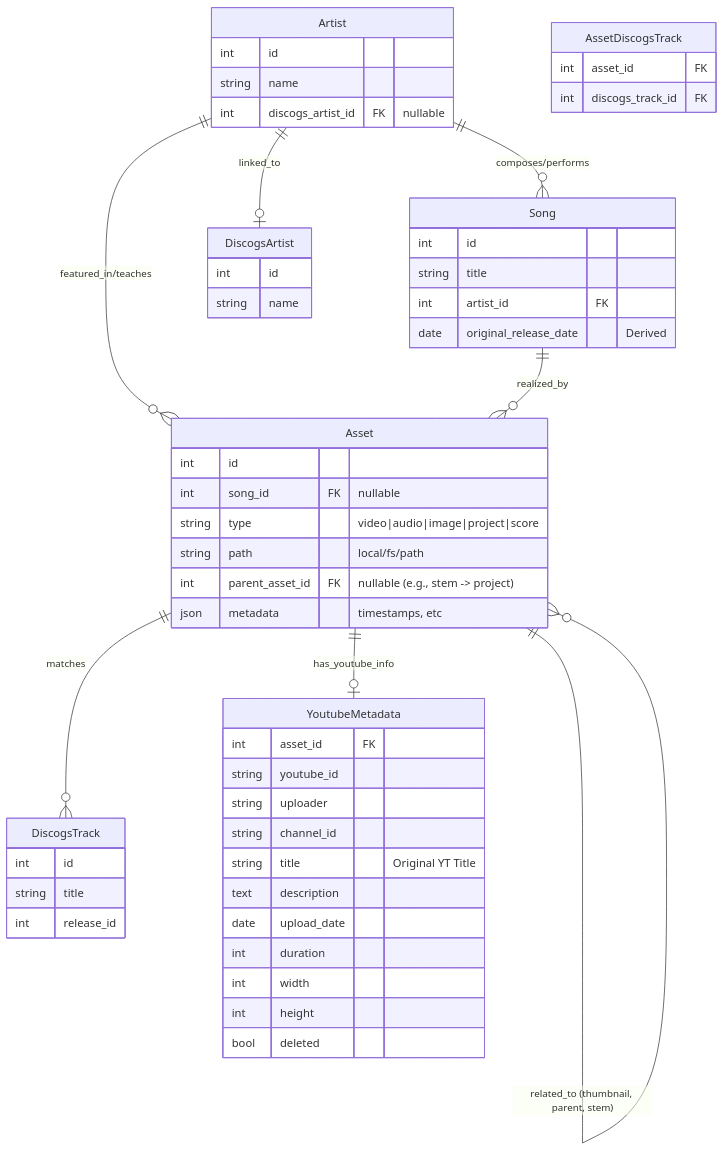
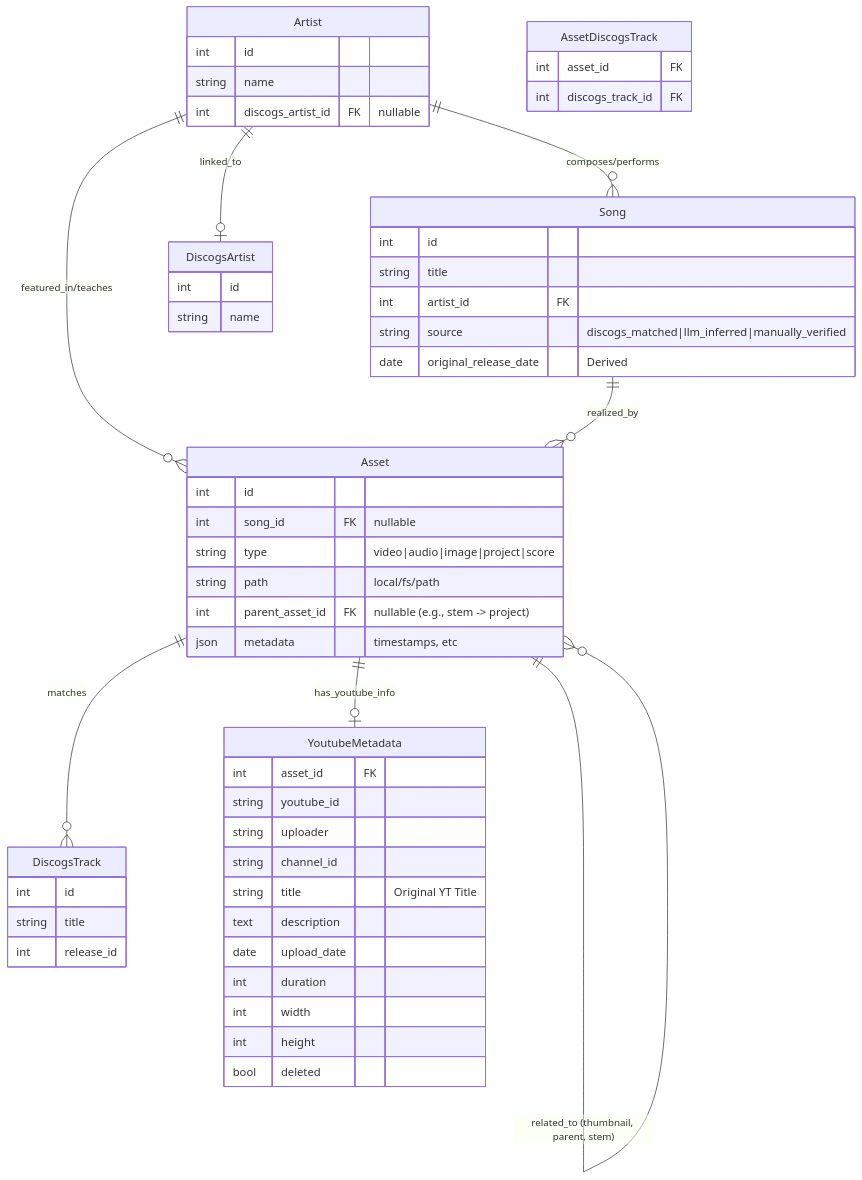
The diagram in tools/docs/project-plan.md (gotofritz/yarkie), drawn with Mermaid before and after one commit. The commit also changed other lines of this file, not shown here.

````diff
--- a/tools/docs/project-plan.md
+++ b/tools/docs/project-plan.md
@@ -14,64 +14,65 @@
 ```mermaid
 erDiagram
     Artist ||--o{ Song : "composes/performs"
     Artist ||--o{ Asset : "featured_in/teaches"
     Artist ||--o| DiscogsArtist : "linked_to"
 
     Song ||--o{ Asset : "realized_by"
 
     Asset ||--o{ DiscogsTrack : "matches"
     Asset ||--o| YoutubeMetadata : "has_youtube_info"
     Asset ||--o{ Asset : "related_to (thumbnail, parent, stem)"
 
     Artist {
         int id
         string name
         int discogs_artist_id FK "nullable"
     }
 
     DiscogsArtist {
         int id
         string name
     }
 
     Song {
         int id
         string title
         int artist_id FK
+        string source "discogs_matched|llm_inferred|manually_verified"
         date original_release_date "Derived"
     }
 
     Asset {
         int id
         int song_id FK "nullable"
         string type "video|audio|image|project|score"
         string path "local/fs/path"
         int parent_asset_id FK "nullable (e.g., stem -> project)"
         json metadata "timestamps, etc"
     }
 
     DiscogsTrack {
         int id
         string title
         int release_id
     }
 
     AssetDiscogsTrack {
         int asset_id FK
         int discogs_track_id FK
     }
 
     YoutubeMetadata {
         int asset_id FK
         string youtube_id
         string uploader
         string channel_id
         string title "Original YT Title"
         text description
         date upload_date
         int duration
         int width
         int height
         bool deleted
     }
 ```
````
